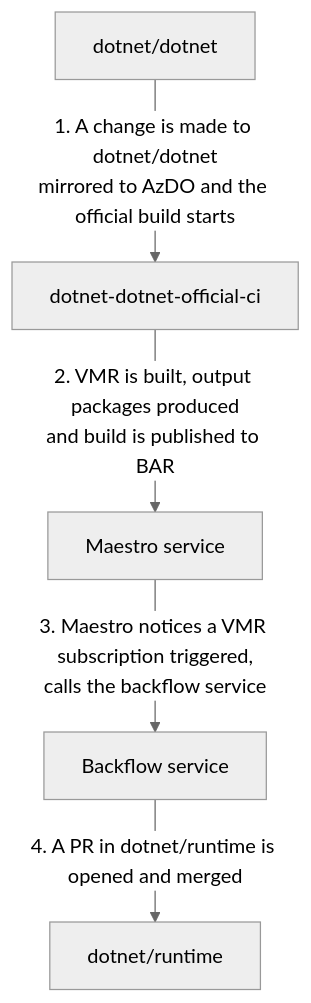
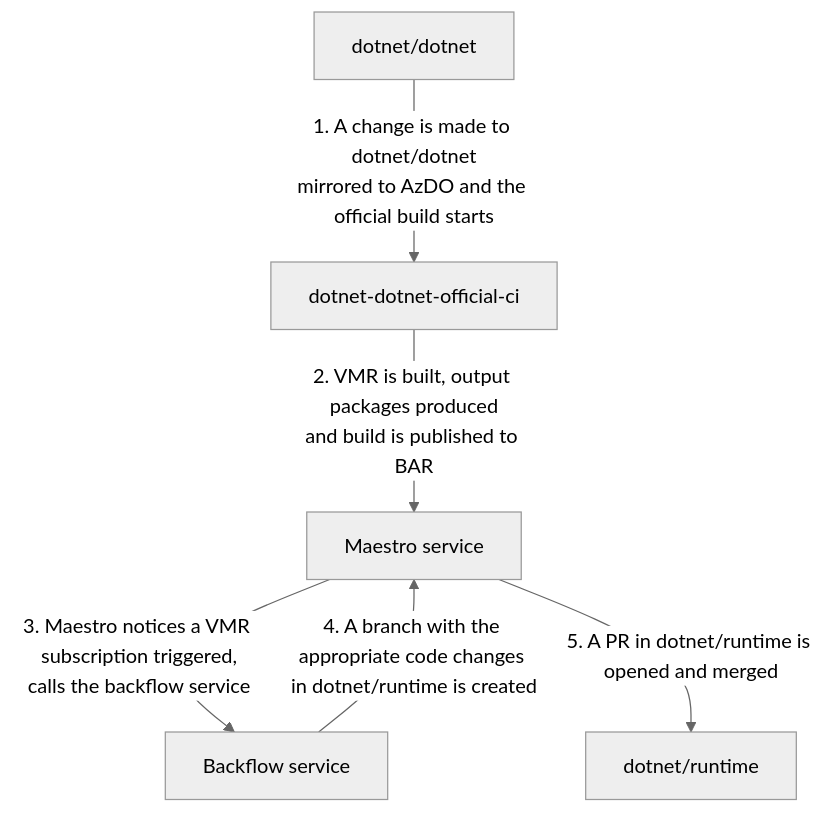
One commit to dotnet/arcade changed the second of 7 diagrams in Documentation/UnifiedBuild/Full-Code-Flow.md. Above: the diagram before and after it, drawn with Mermaid (neutral theme). The commit also changed other lines of this file, not shown here.

Commit message:
Fix high-level flow

````diff
--- a/Documentation/UnifiedBuild/Full-Code-Flow.md
+++ b/Documentation/UnifiedBuild/Full-Code-Flow.md
@@ -54,13 +55,14 @@
 ```mermaid
 flowchart TD
     runtime[dotnet/runtime]
     vmrCI[dotnet-dotnet-official-ci]
     maestro[Maestro service]
     backflow[Backflow service]
     vmr[dotnet/dotnet]
 
     vmr--1. A change is made to dotnet/dotnet\nmirrored to AzDO and the official build starts-->vmrCI
     vmrCI--2. VMR is built, output packages produced\nand build is published to BAR-->maestro
     maestro--3. Maestro notices a VMR subscription triggered,\ncalls the backflow service-->backflow
-    backflow--4. A PR in dotnet/runtime is opened and merged-->runtime
+    backflow--4. A branch with the appropriate code changes in dotnet/runtime is created-->maestro
+    maestro--5. A PR in dotnet/runtime is opened and merged-->runtime
 ```
````
